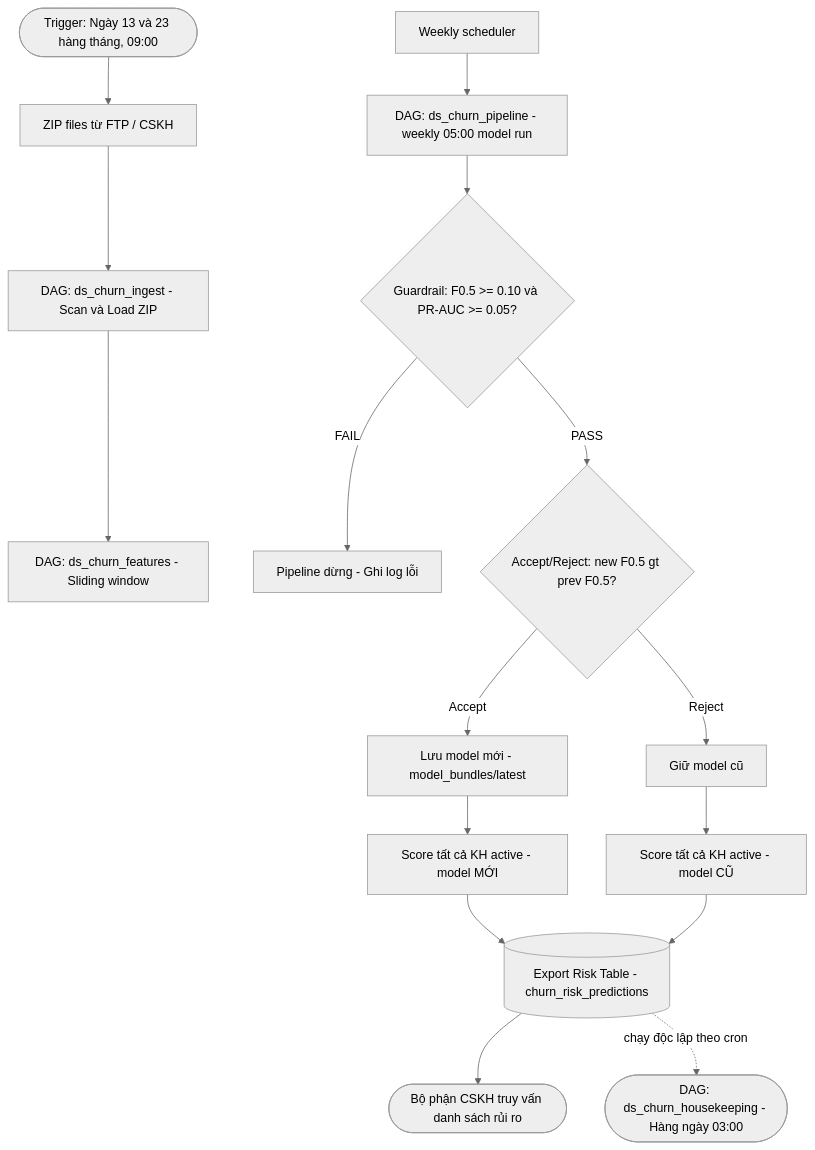
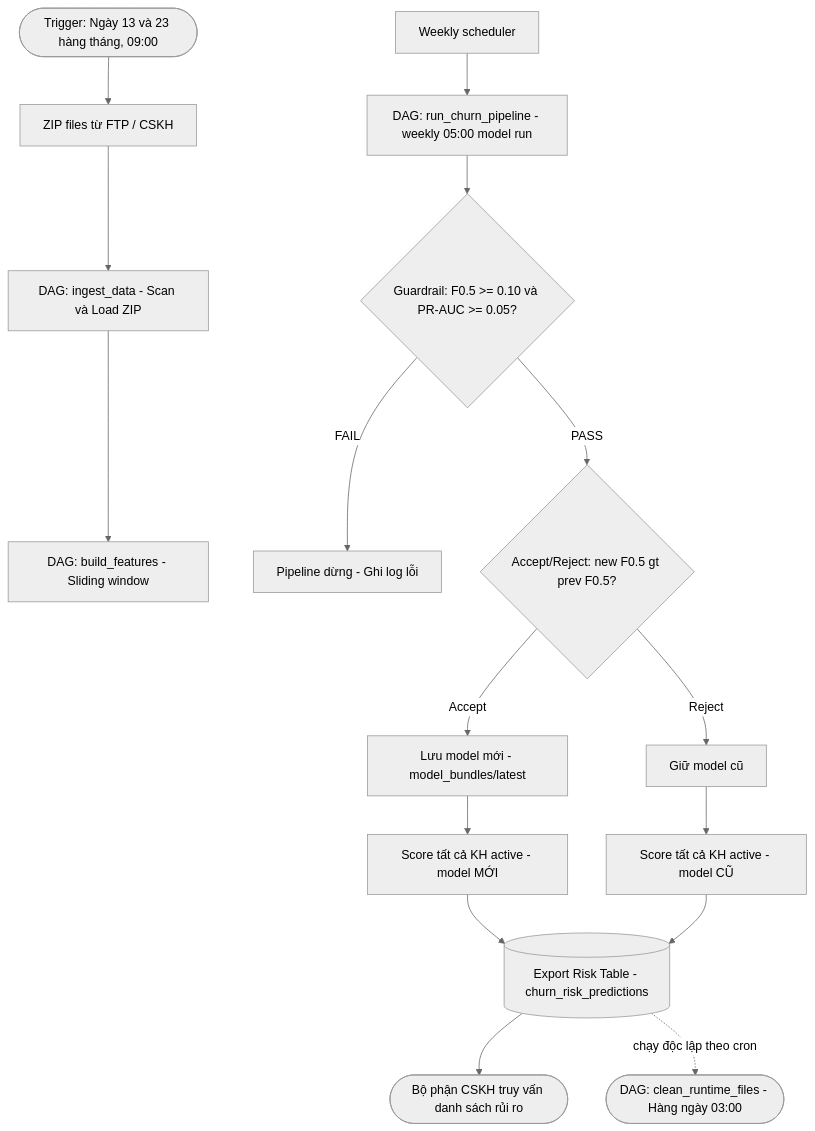
One commit to FindingAnAn/crm_churn_warning changed the second of 2 diagrams in README.md. Above: the diagram before and after it, drawn with Mermaid (neutral theme). The commit also changed other lines of this file and 46 other files, not shown here.

````diff
--- a/README.md
+++ b/README.md
@@ -285,46 +284,46 @@
 ```mermaid
 flowchart TD
     Trigger(["Trigger: Ngày 13 và 23 hàng tháng, 09:00"])
 
     Files["ZIP files từ FTP / CSKH"]
     Trigger --> Files
 
-    Ingest["DAG: ds_churn_ingest - Scan và Load ZIP"]
+    Ingest["DAG: ingest_data - Scan và Load ZIP"]
     Files --> Ingest
 
-    Features["DAG: ds_churn_features - Sliding window"]
+    Features["DAG: build_features - Sliding window"]
     Ingest --> Features
 
-    Pipeline["DAG: ds_churn_pipeline - weekly 05:00 model run"]
+    Pipeline["DAG: run_churn_pipeline - weekly 05:00 model run"]
     Scheduler["Weekly scheduler"]
     Scheduler --> Pipeline
 
     Guardrail{"Guardrail: F0.5 >= 0.10 và PR-AUC >= 0.05?"}
     Pipeline --> Guardrail
 
     Fail["Pipeline dừng - Ghi log lỗi"]
     Guardrail -->|"FAIL"| Fail
 
     AcceptReject{"Accept/Reject: new F0.5 gt prev F0.5?"}
     Guardrail -->|"PASS"| AcceptReject
 
     Save["Lưu model mới - model_bundles/latest"]
     Keep["Giữ model cũ"]
     AcceptReject -->|"Accept"| Save
     AcceptReject -->|"Reject"| Keep
 
     ScoreNew["Score tất cả KH active - model MỚI"]
     ScoreOld["Score tất cả KH active - model CŨ"]
     Save --> ScoreNew
     Keep --> ScoreOld
 
     Export[("Export Risk Table - churn_risk_predictions")]
     ScoreNew --> Export
     ScoreOld --> Export
 
     CSKH(["Bộ phận CSKH truy vấn danh sách rủi ro"])
     Export --> CSKH
 
-    Housekeeping(["DAG: ds_churn_housekeeping - Hàng ngày 03:00"])
+    Housekeeping(["DAG: clean_runtime_files - Hàng ngày 03:00"])
     Export -. "chạy độc lập theo cron" .-> Housekeeping
 ```
````
